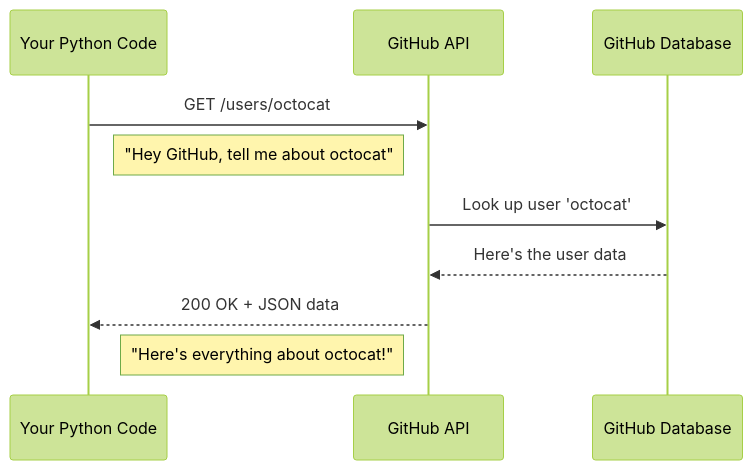
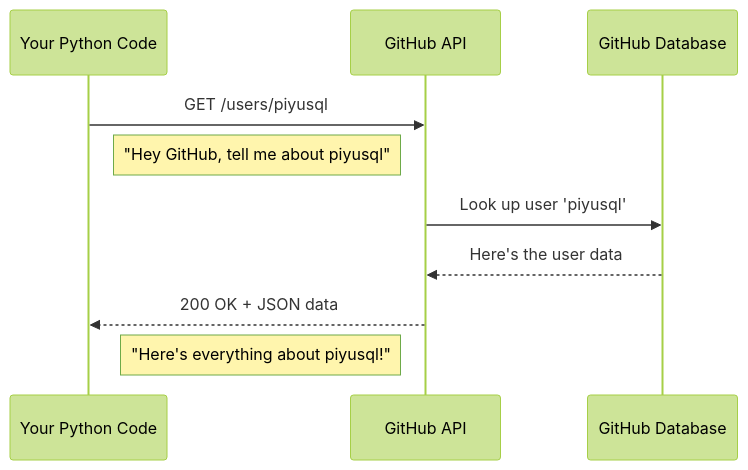
One commit to piyusql/api-tutorial changed the first of 22 diagrams in README.md. Above: the diagram before and after it, drawn with Mermaid (forest theme). The commit also changed other lines of this file, not shown here.

````diff
--- a/README.md
+++ b/README.md
@@ -472,13 +472,13 @@
 ```mermaid
 sequenceDiagram
     participant You as Your Python Code
     participant API as GitHub API
     participant DB as GitHub Database
 
-    You->>API: GET /users/octocat
-    Note right of You: "Hey GitHub, tell me about octocat"
-    API->>DB: Look up user 'octocat'
+    You->>API: GET /users/piyusql
+    Note right of You: "Hey GitHub, tell me about piyusql"
+    API->>DB: Look up user 'piyusql'
     DB-->>API: Here's the user data
     API-->>You: 200 OK + JSON data
-    Note left of API: "Here's everything about octocat!"
+    Note left of API: "Here's everything about piyusql!"
 ```
````
